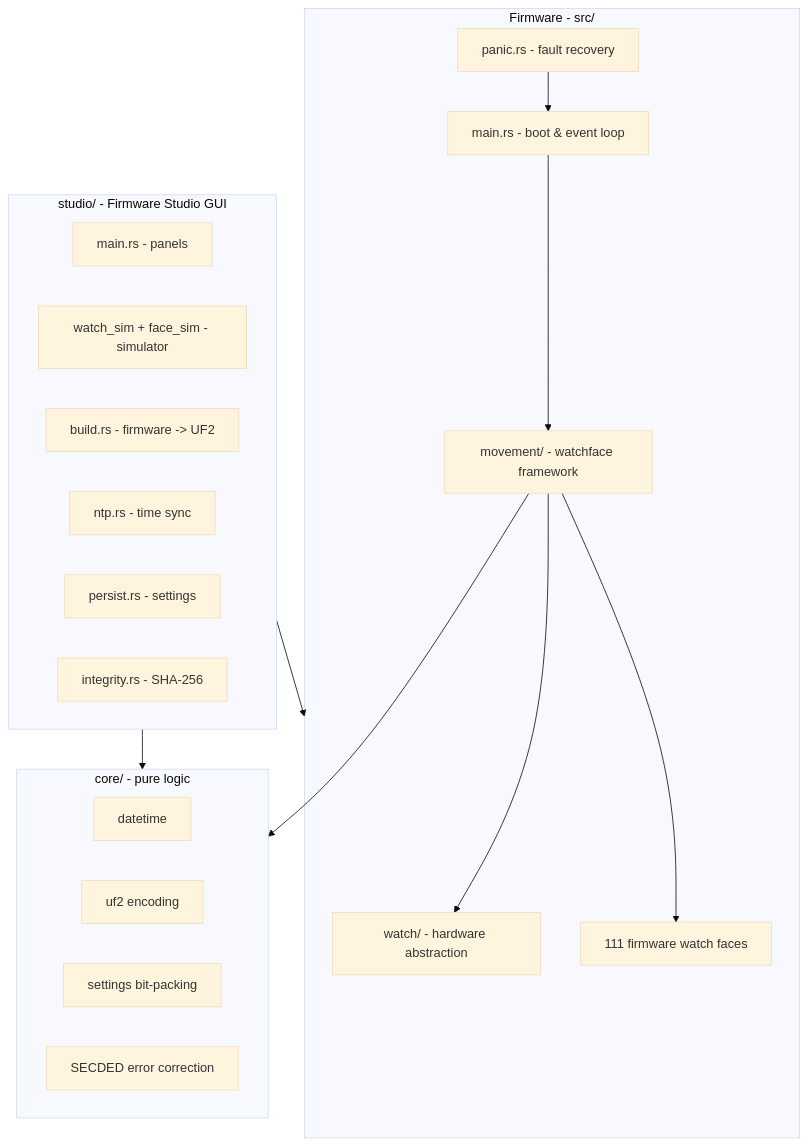
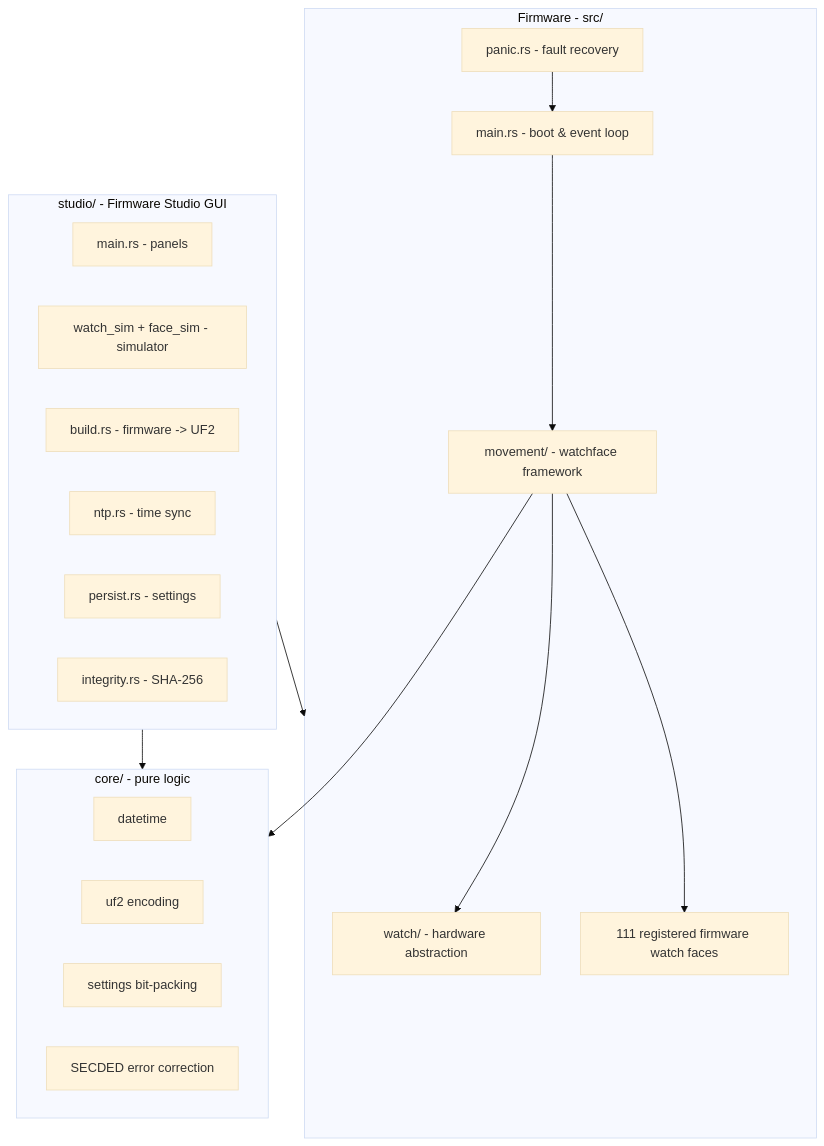
The diagram in README.md (kaiiuen/sensor-watch-rs), drawn with Mermaid (base theme) before and after one commit. The commit also changed other lines of this file and 5 other files, not shown here.

````diff
--- a/README.md
+++ b/README.md
@@ -35,34 +35,34 @@
 ```mermaid
 graph TD
     subgraph Firmware[Firmware - src/]
         HAL[watch/ - hardware abstraction]
         MV[movement/ - watchface framework]
-        FACES[111 firmware watch faces]
+        FACES[111 registered firmware watch faces]
         MAIN[main.rs - boot & event loop]
         PANIC[panic.rs - fault recovery]
         MAIN --> MV
         MV --> HAL
         MV --> FACES
         PANIC --> MAIN
     end
 
     subgraph Core[core/ - pure logic]
         DT[datetime]
         UF2[uf2 encoding]
         SET[settings bit-packing]
         ECC[SECDED error correction]
     end
 
     subgraph Studio[studio/ - Firmware Studio GUI]
         APP[main.rs - panels]
         SIM[watch_sim + face_sim - simulator]
         BUILD[build.rs - firmware -> UF2]
         NTP[ntp.rs - time sync]
         PERSIST[persist.rs - settings]
         INTEG[integrity.rs - SHA-256]
     end
 
     MV --> Core
     Studio --> Core
     Studio --> Firmware
 ```
````
